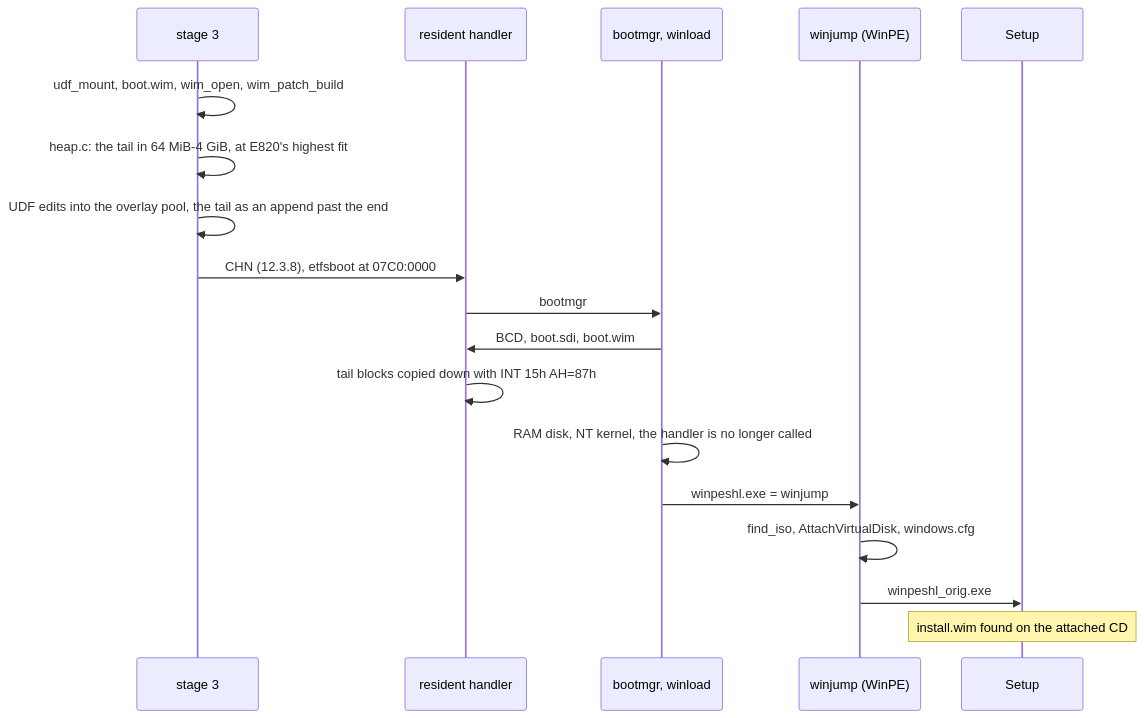
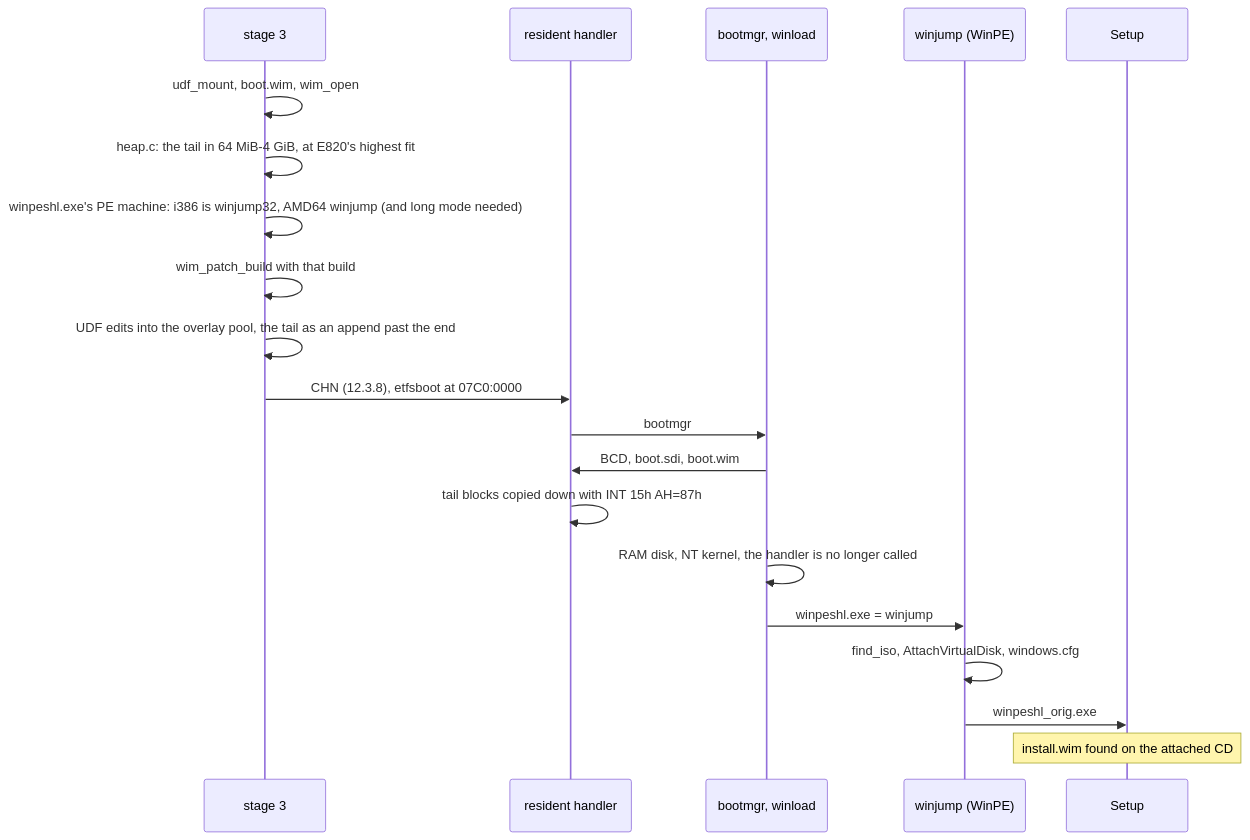
One commit to vifair22/falcon-boot changed diagram 19 of 22 in docs/DESIGN.md. Above: the diagram before and after it, drawn with Mermaid. The commit also changed other lines of this file and 13 other files, not shown here.

First line of the commit message:
Boot 32-bit Windows install media from falcon-bios: winjump built twice

````diff
--- a/docs/DESIGN.md
+++ b/docs/DESIGN.md
@@ -3261,20 +3268,22 @@
 ```mermaid
 sequenceDiagram
     participant L as stage 3
     participant R as resident handler
     participant M as bootmgr, winload
     participant W as winjump (WinPE)
     participant ST as Setup
-    L->>L: udf_mount, boot.wim, wim_open, wim_patch_build
+    L->>L: udf_mount, boot.wim, wim_open
     L->>L: heap.c: the tail in 64 MiB-4 GiB, at E820's highest fit
+    L->>L: winpeshl.exe's PE machine: i386 is winjump32, AMD64 winjump (and long mode needed)
+    L->>L: wim_patch_build with that build
     L->>L: UDF edits into the overlay pool, the tail as an append past the end
     L->>R: CHN (12.3.8), etfsboot at 07C0:0000
     R->>M: bootmgr
     M->>R: BCD, boot.sdi, boot.wim
     R->>R: tail blocks copied down with INT 15h AH=87h
     M->>M: RAM disk, NT kernel, the handler is no longer called
     M->>W: winpeshl.exe = winjump
     W->>W: find_iso, AttachVirtualDisk, windows.cfg
     W->>ST: winpeshl_orig.exe
     Note over ST: install.wim found on the attached CD
 ```
````
